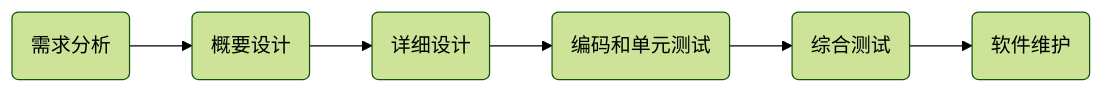
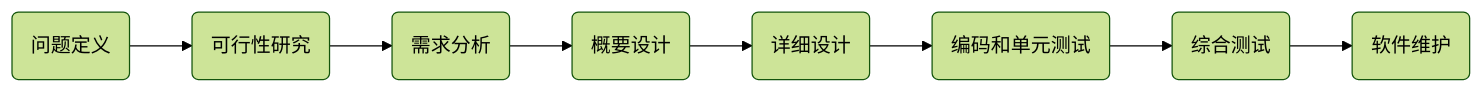
One commit to hughxusu/lesson-py changed the diagram in b-def/4-用户.md. Above: the diagram before and after it, drawn with Mermaid (forest theme). The commit also changed 2 other files, not shown here.

Commit message:
修改软件测试

````diff
--- a/b-def/4-用户.md
+++ b/b-def/4-用户.md
@@ -162,4 +162,4 @@
 ```mermaid
 graph LR
-    a(需求分析)-->b(概要设计)-->c(详细设计)-->d(编码和单元测试)-->e(综合测试)-->f(软件维护)
+a(问题定义)-->b(可行性研究)-->c(需求分析)-->d(概要设计)-->e(详细设计)-->f(编码和单元测试)-->g(综合测试)-->h(软件维护)
 ```
````
